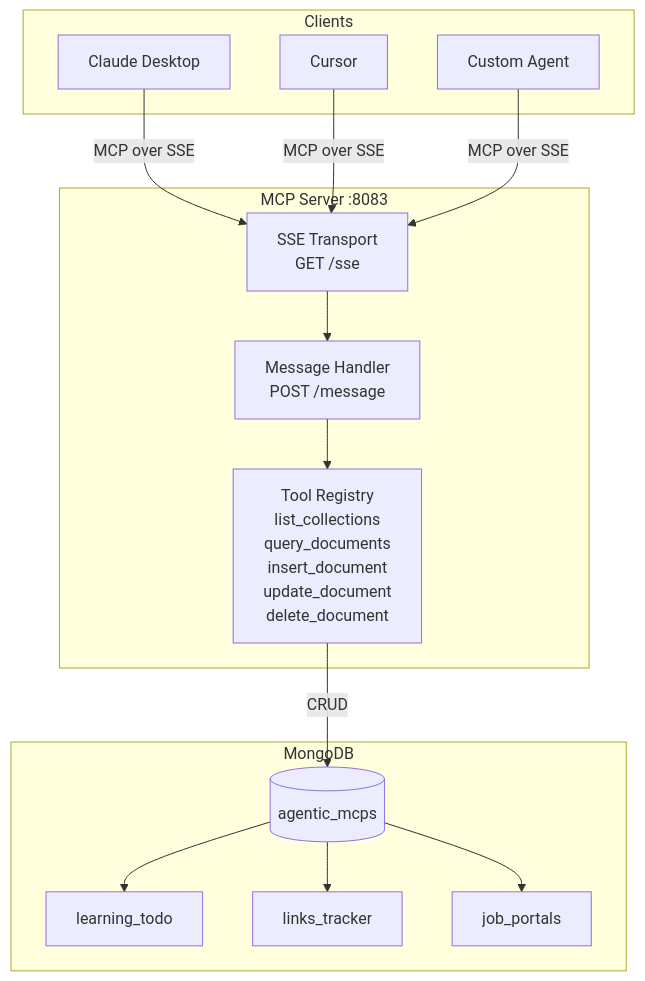
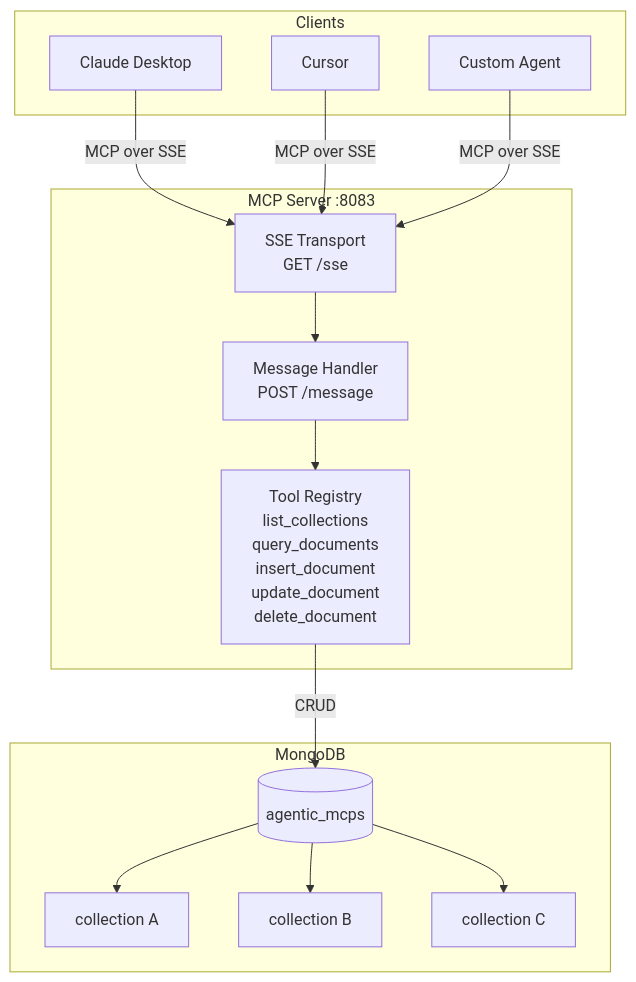
One commit to dharmendrra/agentic-ai changed the second of 2 diagrams in mcp/README.md. Above: the diagram before and after it, drawn with Mermaid. The commit also changed 1 other file, not shown here.

Commit message:
docs: genericize example collection names in architecture diagrams
The MCP server is general-purpose — it operates on any collection and
document shape. Replace the personal example collection names
(learning_todo / links_tracker / job_portals) with neutral placeholders
(collection A/B/C) so the diagrams read as schema-agnostic.

````diff
--- a/mcp/README.md
+++ b/mcp/README.md
@@ -38,32 +38,32 @@
 ```mermaid
 graph TD
     subgraph Clients
         A[Claude Desktop]
         B[Cursor]
         C[Custom Agent]
     end
 
     subgraph MCP Server :8083
         E[SSE Transport<br/>GET /sse]
         F[Message Handler<br/>POST /message]
         G[Tool Registry<br/>list_collections<br/>query_documents<br/>insert_document<br/>update_document<br/>delete_document]
     end
 
     subgraph MongoDB
         H[(agentic_mcps)]
-        I[learning_todo]
-        J[links_tracker]
-        K[job_portals]
+        I[collection A]
+        J[collection B]
+        K[collection C]
     end
 
     A -->|MCP over SSE| E
     B -->|MCP over SSE| E
     C -->|MCP over SSE| E
 
     E --> F
     F --> G
     G -->|CRUD| H
     H --> I
     H --> J
     H --> K
 ```
````
